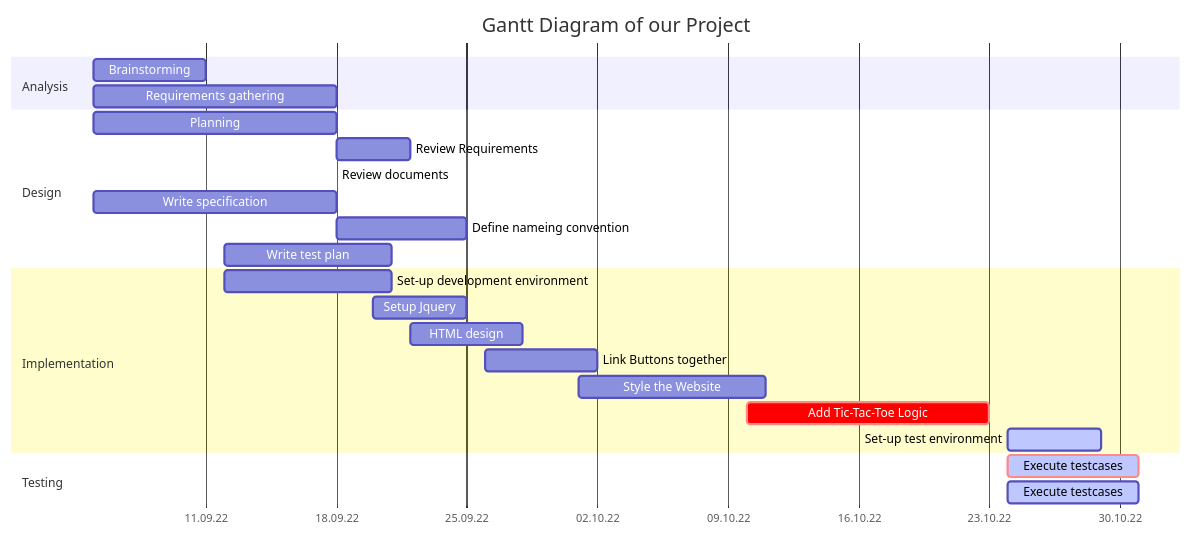
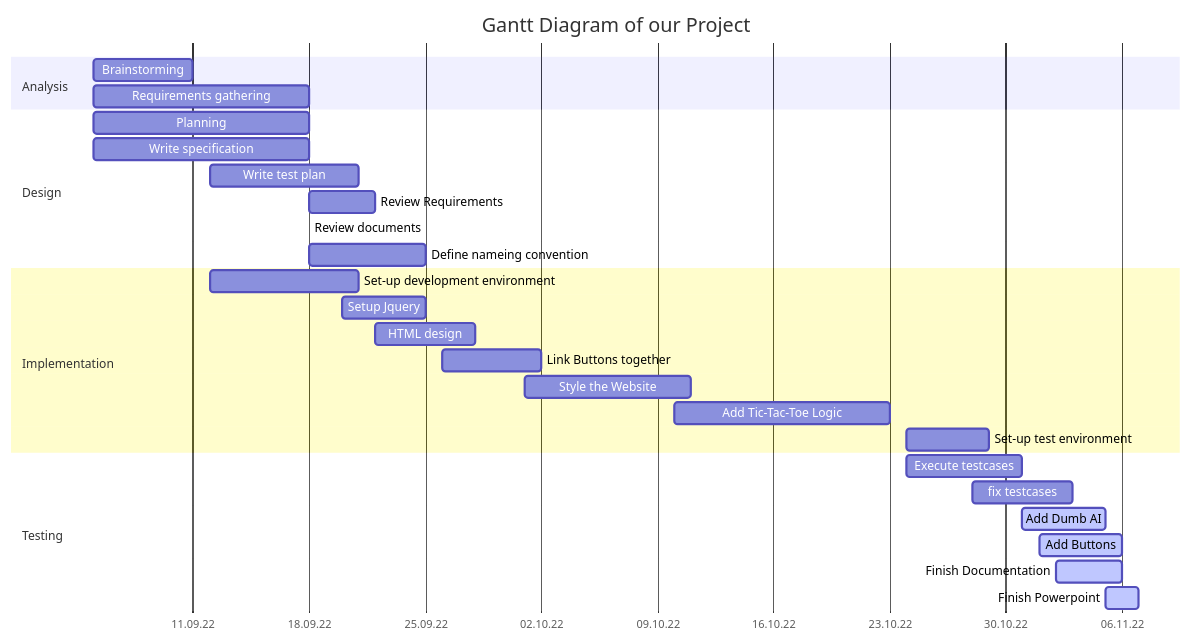
The diagram in README.md (Timofey-Makhankov/Tic-Tac-Toe-Website), drawn with Mermaid before and after one commit. The commit also changed other lines of this file and 1 other file, not shown here.

Commit message:
updates Gantt diagram & changed size of Github Btn

````diff
--- a/README.md
+++ b/README.md
@@ -131,27 +131,31 @@
 ```mermaid
 gantt
     title Gantt Diagram of our Project
     dateFormat  DD.MM
     axisFormat  %d.%m.%y
     section Analysis
     Brainstorming:05.09,6d
     Requirements gathering:05.09, 13d
     section Design
     Planning:05.09,18.09
+    Write specification:05.09,18.09
+     Write test plan:12.09, 21.09
     Review Requirements:18.09,4d
     Review documents:18.09,4ds
-    Write specification:05.09,18.09
     Define nameing convention:18.09,7d
-    Write test plan:12.09, 21.09
     section Implementation
     Set-up development environment:12.09, 9d
     Setup Jquery:20.09, 5d
     HTML design: 22.09, 28.09
     Link Buttons together: 26.09, 02.10
     Style the Website:01.10, 11.10
-    Add Tic-Tac-Toe Logic:crit,10.10, 23.10
-    Set-up test environment:active, 24.10, 5d
+    Add Tic-Tac-Toe Logic:10.10, 23.10
+    Set-up test environment: 24.10, 5d
     section Testing
-    Execute testcases:active,crit,24.10, 7d
-    Execute testcases:active, 24.10, 7d
+    Execute testcases:24.10, 7d
+    fix testcases:28.10, 03.11
+    Add Dumb AI:active,31.10, 05.11
+    Add Buttons:active,01.11, 06.11
+    Finish Documentation:active,02.11, 06.11
+    Finish Powerpoint:active,05.11, 2d
 ```
````
